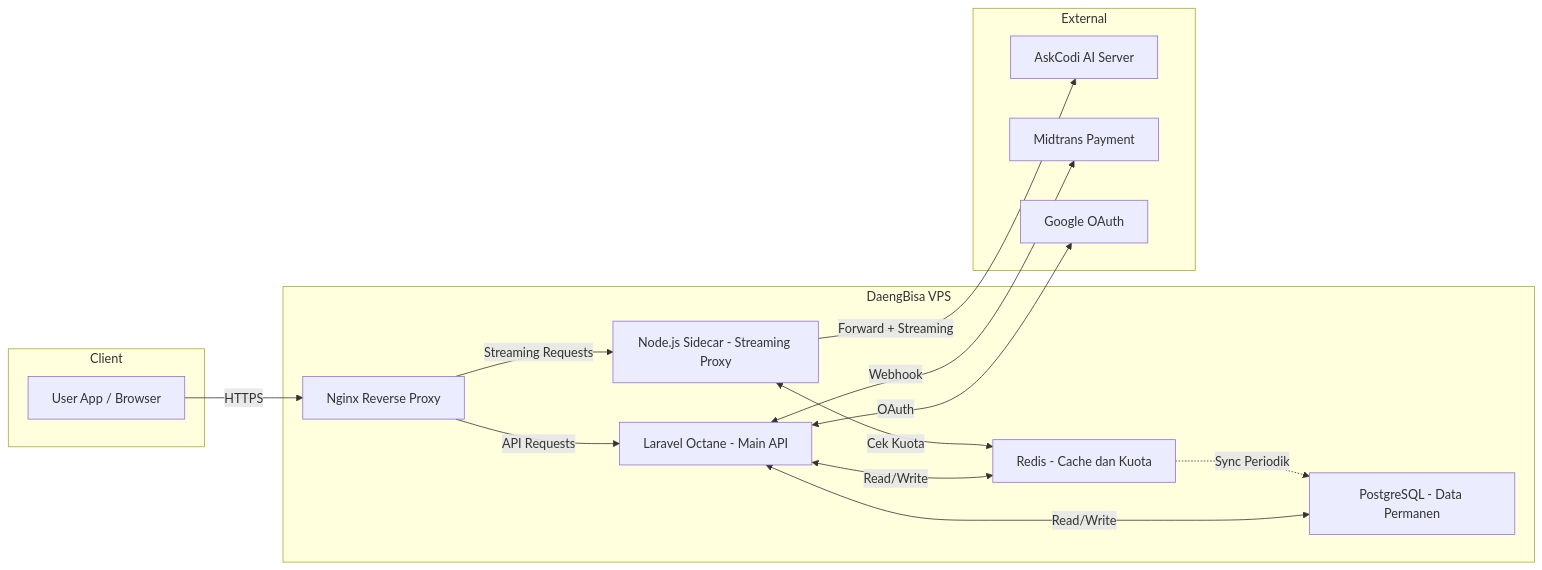
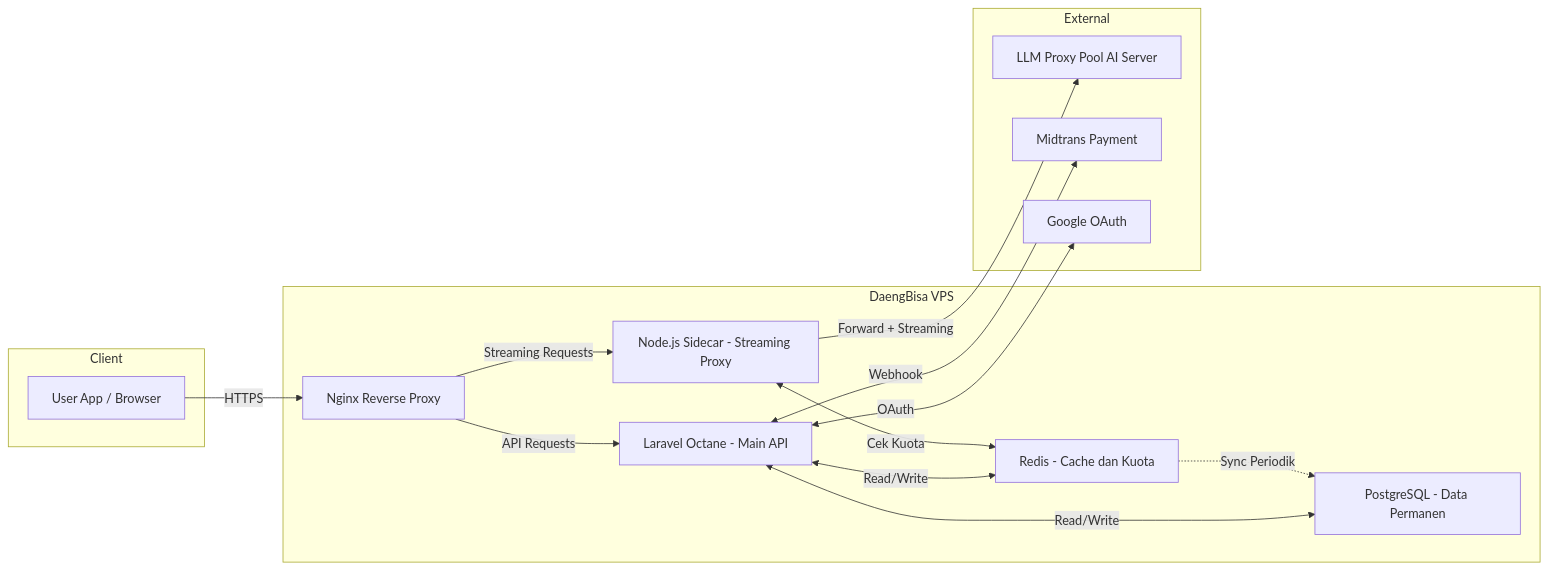
One commit to radacore/llmore changed the second of 3 diagrams in plans/prd.md. Above: the diagram before and after it, drawn with Mermaid. The commit also changed other lines of this file and 33 other files, not shown here.

First line of the commit message:
refactor(infra): ganti upstream AskCodi dengan llm-proxy pool internal

````diff
--- a/plans/prd.md
+++ b/plans/prd.md
@@ -178,31 +178,31 @@
 ```mermaid
 flowchart LR
     subgraph Client
         A[User App / Browser]
     end
 
     subgraph DaengBisa VPS
         B[Nginx Reverse Proxy]
         C[Laravel Octane - Main API]
         D[Node.js Sidecar - Streaming Proxy]
         E[Redis - Cache dan Kuota]
         F[PostgreSQL - Data Permanen]
     end
 
     subgraph External
-        G[AskCodi AI Server]
+        G[LLM Proxy Pool AI Server]
         H[Midtrans Payment]
         I[Google OAuth]
     end
 
     A -->|HTTPS| B
     B -->|API Requests| C
     B -->|Streaming Requests| D
     C <-->|Read/Write| E
     C <-->|Read/Write| F
     D <-->|Cek Kuota| E
     D -->|Forward + Streaming| G
     C <-->|Webhook| H
     C <-->|OAuth| I
     E -.->|Sync Periodik| F
 ```
````
